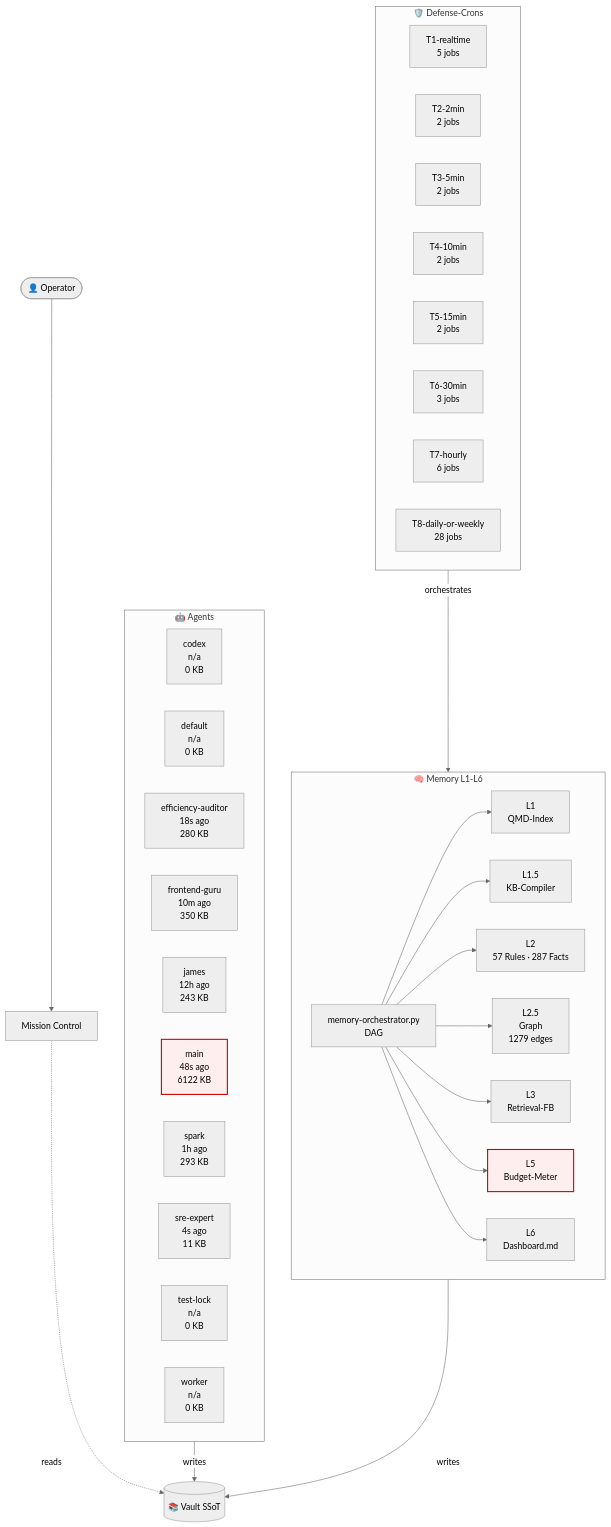
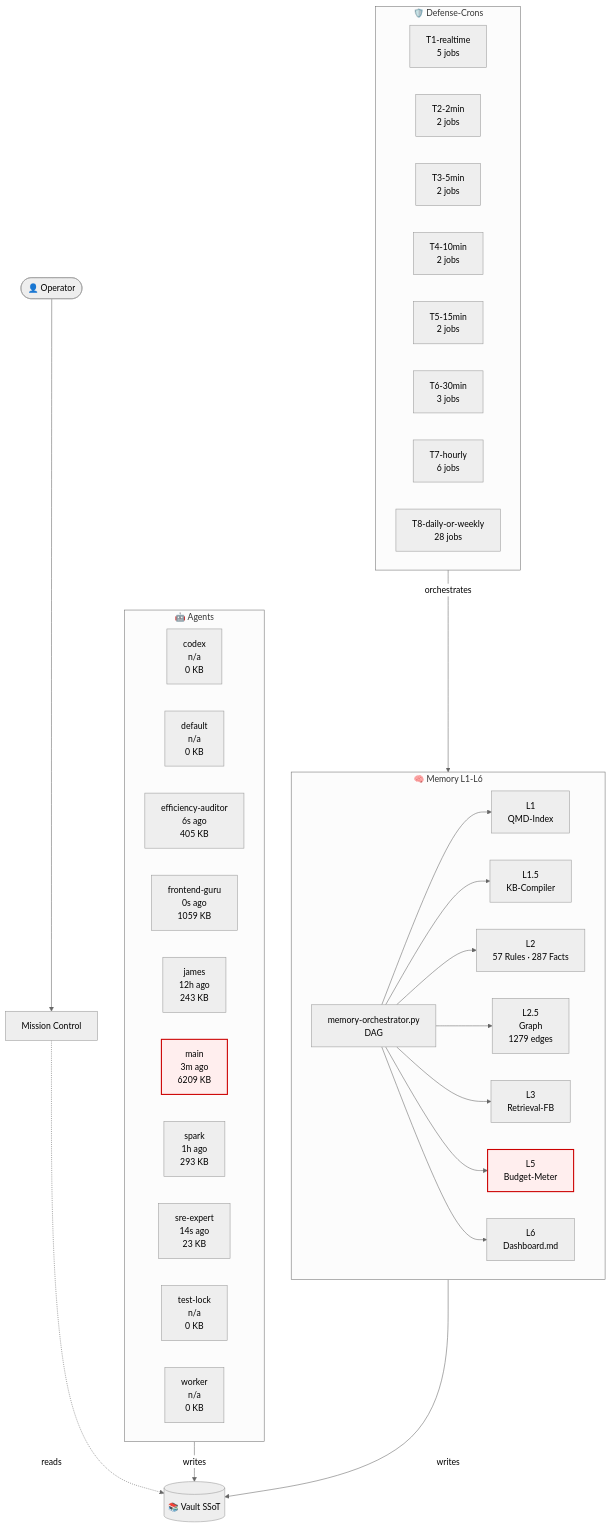
One commit to lenardhuebner88-rgb/openclaw-memory changed the diagram in 03-Agents/architecture-live.md. Above: the diagram before and after it, drawn with Mermaid (neutral theme). The commit also changed other lines of this file and 21 other files, not shown here.

````diff
--- a/03-Agents/architecture-live.md
+++ b/03-Agents/architecture-live.md
@@ -18,53 +18,53 @@
 ```mermaid
 flowchart TB
     classDef critical fill:#fee,stroke:#c00,stroke-width:2px;
     subgraph AGT["🤖 Agents"]
         agent_codex["codex<br/>n/a<br/>0 KB"]
         agent_default["default<br/>n/a<br/>0 KB"]
-        agent_efficiency_auditor["efficiency-auditor<br/>18s ago<br/>280 KB"]
-        agent_frontend_guru["frontend-guru<br/>10m ago<br/>350 KB"]
+        agent_efficiency_auditor["efficiency-auditor<br/>6s ago<br/>405 KB"]
+        agent_frontend_guru["frontend-guru<br/>0s ago<br/>1059 KB"]
         agent_james["james<br/>12h ago<br/>243 KB"]
-        agent_main["main<br/>48s ago<br/>6122 KB"]
+        agent_main["main<br/>3m ago<br/>6209 KB"]
         agent_spark["spark<br/>1h ago<br/>293 KB"]
-        agent_sre_expert["sre-expert<br/>4s ago<br/>11 KB"]
+        agent_sre_expert["sre-expert<br/>14s ago<br/>23 KB"]
         agent_test_lock["test-lock<br/>n/a<br/>0 KB"]
         agent_worker["worker<br/>n/a<br/>0 KB"]
     end
     subgraph MEM["🧠 Memory L1-L6"]
         L1["L1<br/>QMD-Index"]
         L15["L1.5<br/>KB-Compiler"]
         L2["L2<br/>57 Rules · 287 Facts"]
         L25["L2.5<br/>Graph<br/>1279 edges"]
         L3["L3<br/>Retrieval-FB"]
         L5["L5<br/>Budget-Meter"]
         L6["L6<br/>Dashboard.md"]
         ORCH["memory-orchestrator.py<br/>DAG"]
     end
     subgraph CRN["🛡️ Defense-Crons"]
         tier_T1_realtime["T1-realtime<br/>5 jobs"]
         tier_T2_2min["T2-2min<br/>2 jobs"]
         tier_T3_5min["T3-5min<br/>2 jobs"]
         tier_T4_10min["T4-10min<br/>2 jobs"]
         tier_T5_15min["T5-15min<br/>2 jobs"]
         tier_T6_30min["T6-30min<br/>3 jobs"]
         tier_T7_hourly["T7-hourly<br/>6 jobs"]
         tier_T8_daily_or_weekly["T8-daily-or-weekly<br/>28 jobs"]
     end
     VAULT[("📚 Vault SSoT")]
     OP([👤 Operator])
     MC["Mission Control"]
     OP --> MC
     MC -.reads.-> VAULT
     AGT -->|writes| VAULT
     MEM -->|writes| VAULT
     ORCH --> L1
     ORCH --> L15
     ORCH --> L2
     ORCH --> L25
     ORCH --> L3
     ORCH --> L5
     ORCH --> L6
     CRN -->|orchestrates| MEM
     class L5 critical
     class agent_main critical
 ```
````
